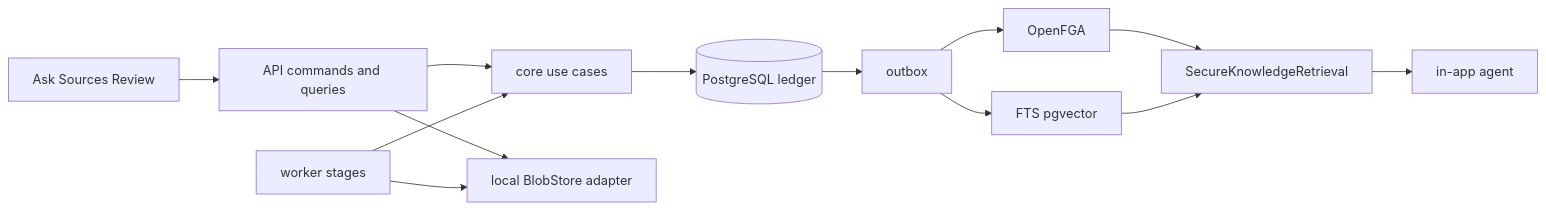
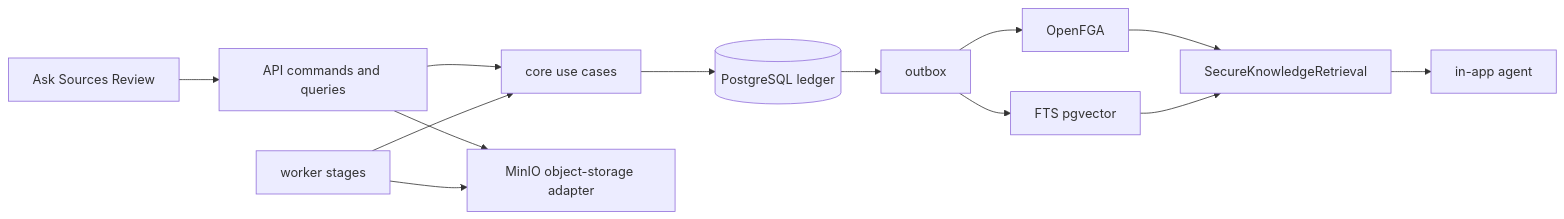
The diagram in docs/increments/active/2026-07-20-secure-knowledge-vertical-slice/design.md (kl3inIT/OrgMemory), drawn with Mermaid before and after one commit. The commit also changed other lines of this file and 87 other files, not shown here.

````diff
--- a/docs/increments/active/2026-07-20-secure-knowledge-vertical-slice/design.md
+++ b/docs/increments/active/2026-07-20-secure-knowledge-vertical-slice/design.md
@@ -26,15 +28,15 @@
 ```mermaid
 flowchart LR
     UI[Ask Sources Review] --> API[API commands and queries]
     API --> CORE[core use cases]
     CORE --> LEDGER[(PostgreSQL ledger)]
-    API --> BLOB[local BlobStore adapter]
+    API --> BLOB[MinIO object-storage adapter]
     WORKER[worker stages] --> CORE
     WORKER --> BLOB
     LEDGER --> OUTBOX[outbox]
     OUTBOX --> FGA[OpenFGA]
     OUTBOX --> IDX[FTS pgvector]
     FGA --> RETRIEVE[SecureKnowledgeRetrieval]
     IDX --> RETRIEVE
     RETRIEVE --> AGENT[in-app agent]
 ```
````
